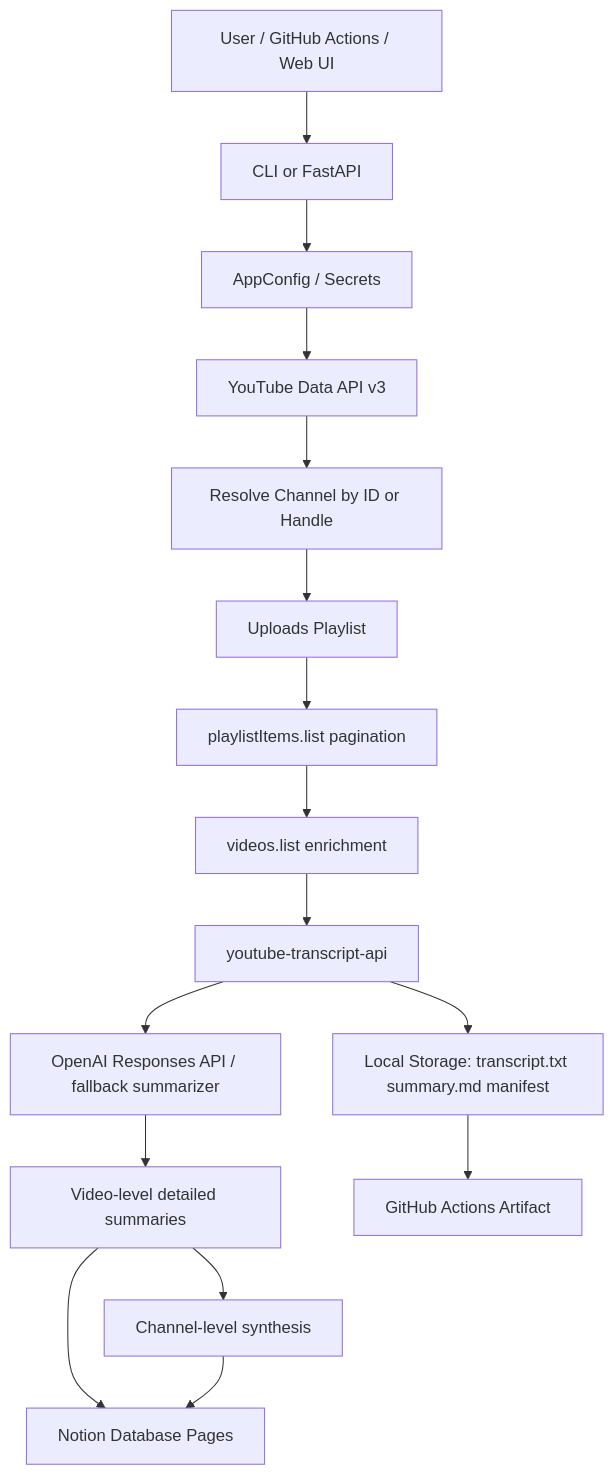
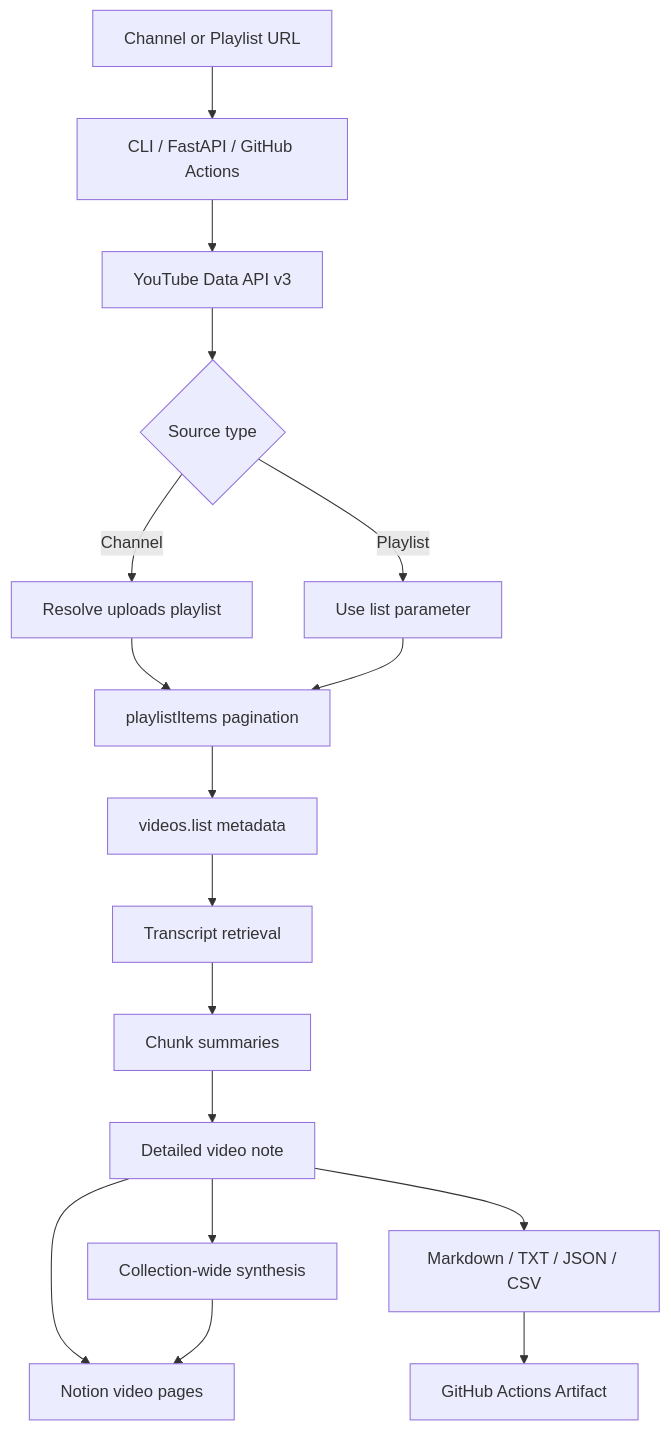
The diagram in README.md (univcorp2-ctrl/youtube-channel-notion-knowledge), drawn with Mermaid before and after one commit. The commit also changed other lines of this file, not shown here.

Commit message:
Add playlist source support and run requested Notion trial

````diff
--- a/README.md
+++ b/README.md
@@ -31,18 +59,19 @@
 ```mermaid
 flowchart TD
-  U[User / GitHub Actions / Web UI] --> C[CLI or FastAPI]
-  C --> CFG[AppConfig / Secrets]
-  CFG --> YT[YouTube Data API v3]
-  YT --> CH[Resolve Channel by ID or Handle]
-  CH --> UP[Uploads Playlist]
-  UP --> PL[playlistItems.list pagination]
-  PL --> VD[videos.list enrichment]
-  VD --> TR[youtube-transcript-api]
-  TR --> ST[Local Storage: transcript.txt summary.md manifest]
-  TR --> SUM[OpenAI Responses API / fallback summarizer]
-  SUM --> VS[Video-level detailed summaries]
-  VS --> CS[Channel-level synthesis]
-  VS --> N[Notion Database Pages]
-  CS --> N
-  ST --> ART[GitHub Actions Artifact]
+  U[Channel or Playlist URL] --> C[CLI / FastAPI / GitHub Actions]
+  C --> YT[YouTube Data API v3]
+  YT --> R{Source type}
+  R -->|Channel| UP[Resolve uploads playlist]
+  R -->|Playlist| PLID[Use list parameter]
+  UP --> PAGE[playlistItems pagination]
+  PLID --> PAGE
+  PAGE --> META[videos.list metadata]
+  META --> TR[Transcript retrieval]
+  TR --> SUM[Chunk summaries]
+  SUM --> VIDEO[Detailed video note]
+  VIDEO --> ALL[Collection-wide synthesis]
+  VIDEO --> N[Notion video pages]
+  ALL --> N
+  VIDEO --> FS[Markdown / TXT / JSON / CSV]
+  FS --> ART[GitHub Actions Artifact]
 ```
````
